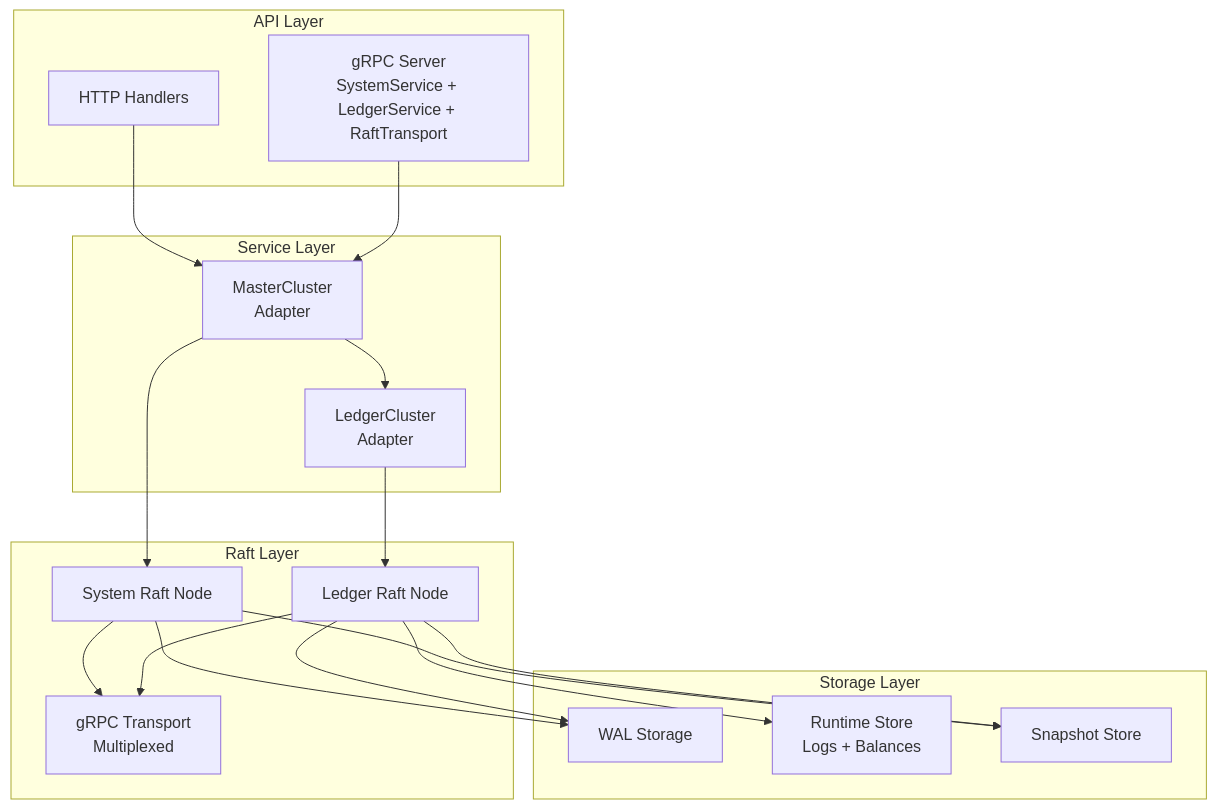
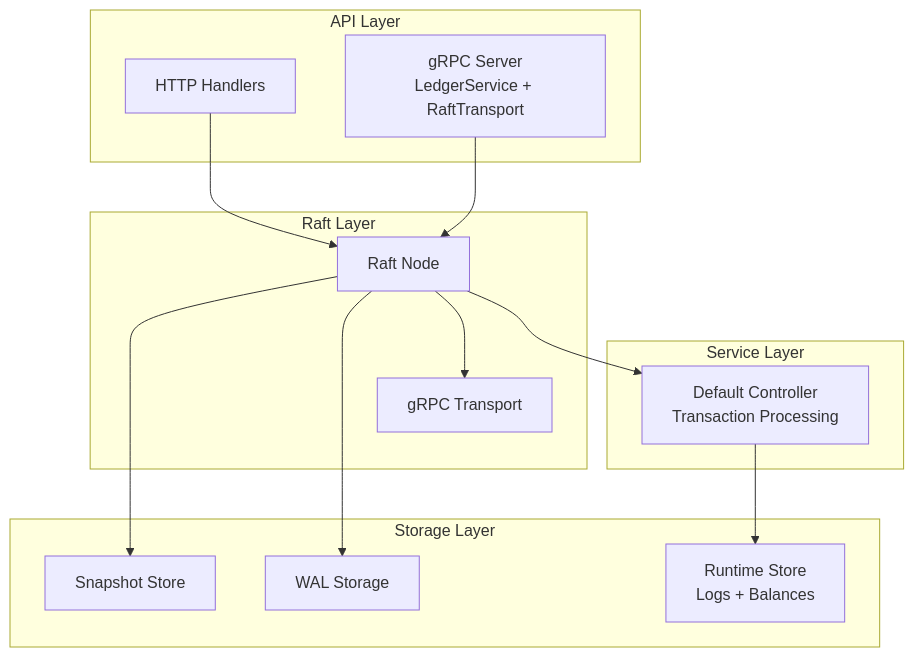
The second of 6 diagrams in docs/architecture.md (formancehq/ledger), drawn with Mermaid before and after one commit. The commit also changed other lines of this file and 41 other files, not shown here.

````diff
--- a/docs/architecture.md
+++ b/docs/architecture.md
@@ -84,39 +76,32 @@
 ```mermaid
 graph TB
     subgraph "API Layer"
         HTTP[HTTP Handlers]
-        GRPC[gRPC Server<br/>SystemService + LedgerService + RaftTransport]
+        GRPC[gRPC Server<br/>LedgerService + RaftTransport]
     end
     
     subgraph "Service Layer"
-        MasterCluster[MasterCluster<br/>Adapter]
-        LedgerCluster[LedgerCluster<br/>Adapter]
+        Controller[Default Controller<br/>Transaction Processing]
     end
     
     subgraph "Raft Layer"
-        SystemNode[System Raft Node]
-        LedgerNode[Ledger Raft Node]
-        Transport[gRPC Transport<br/>Multiplexed]
+        RaftNode[Raft Node]
+        Transport[gRPC Transport]
     end
     
     subgraph "Storage Layer"
         WAL[WAL Storage]
         RuntimeStore[Runtime Store<br/>Logs + Balances]
         Snapshot[Snapshot Store]
     end
     
-    HTTP --> MasterCluster
-    GRPC --> MasterCluster
-    MasterCluster --> SystemNode
-    MasterCluster --> LedgerCluster
-    LedgerCluster --> LedgerNode
+    HTTP --> RaftNode
+    GRPC --> RaftNode
+    RaftNode --> Controller
+    Controller --> RuntimeStore
     
-    SystemNode --> Transport
-    LedgerNode --> Transport
+    RaftNode --> Transport
     
-    SystemNode --> WAL
-    LedgerNode --> WAL
-    LedgerNode --> RuntimeStore
-    SystemNode --> Snapshot
-    LedgerNode --> Snapshot
+    RaftNode --> WAL
+    RaftNode --> Snapshot
 ```
````
